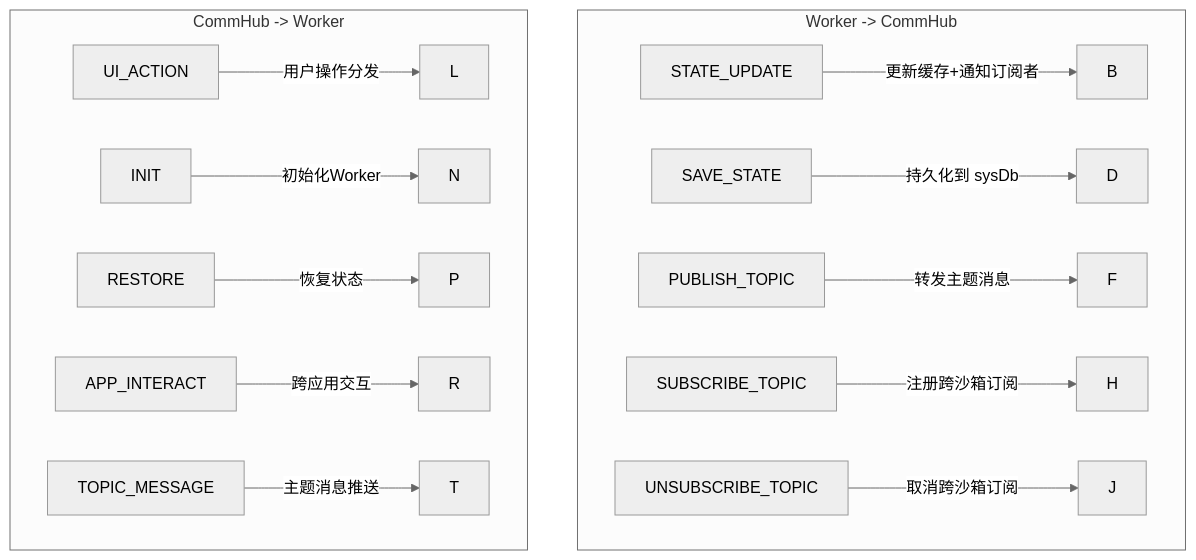
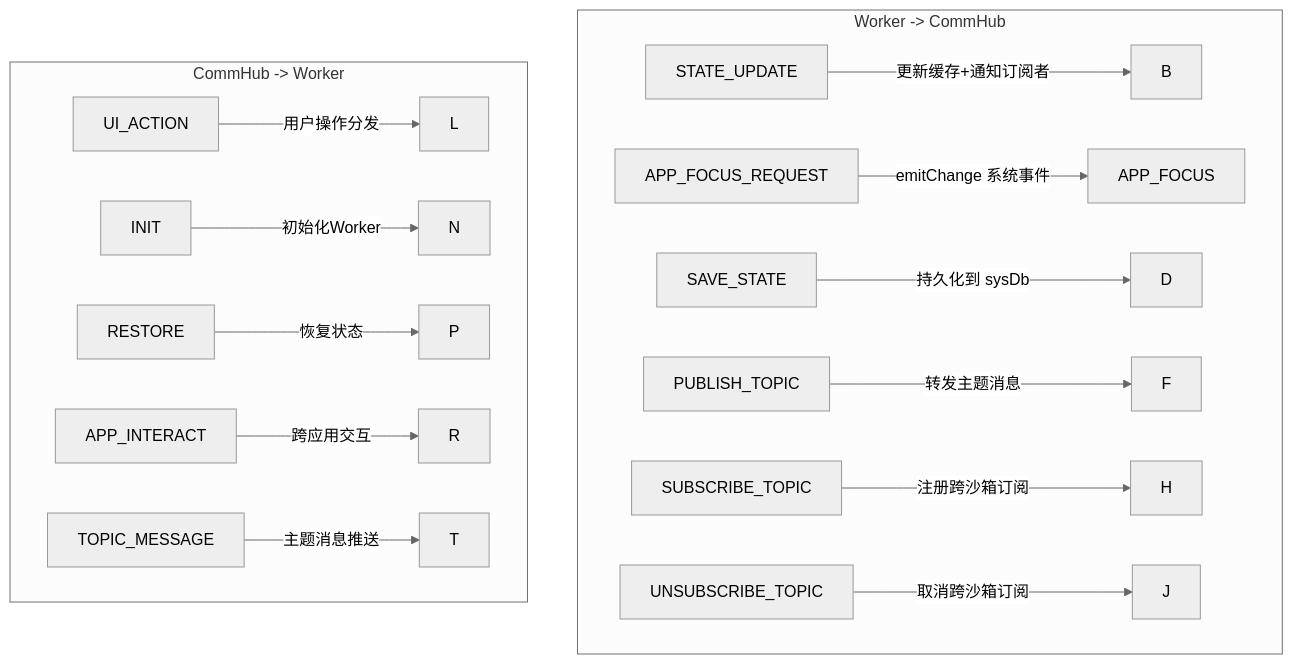
Before and after one commit to suluwanqing/sukinOS: the fourth of 14 diagrams in docs/module/04-process-kernel.md, drawn with Mermaid (neutral theme). The commit also changed other lines of this file and 104 other files, not shown here.

````diff
--- a/docs/module/04-process-kernel.md
+++ b/docs/module/04-process-kernel.md
@@ -290,19 +294,20 @@
 ```mermaid
 graph TD
 subgraph Worker_To_CommHub["Worker -> CommHub"]
 A[STATE_UPDATE] -->|更新缓存+通知订阅者| B
+A2[APP_FOCUS_REQUEST] -->|emitChange 系统事件| A3[APP_FOCUS]
 C[SAVE_STATE] -->|持久化到 sysDb| D
 E[PUBLISH_TOPIC] -->|转发主题消息| F
 G[SUBSCRIBE_TOPIC] -->|注册跨沙箱订阅| H
 I[UNSUBSCRIBE_TOPIC] -->|取消跨沙箱订阅| J
 end
 
     subgraph CommHub_To_Worker["CommHub -> Worker"]
         K[UI_ACTION] -->|用户操作分发| L
         M[INIT] -->|初始化Worker| N
         O[RESTORE] -->|恢复状态| P
         Q[APP_INTERACT] -->|跨应用交互| R
         S[TOPIC_MESSAGE] -->|主题消息推送| T
     end
 
 ```
````
